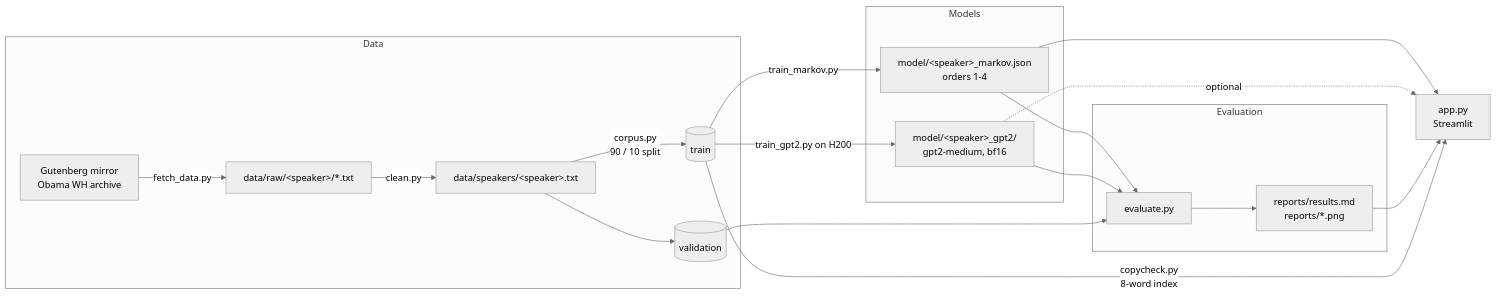
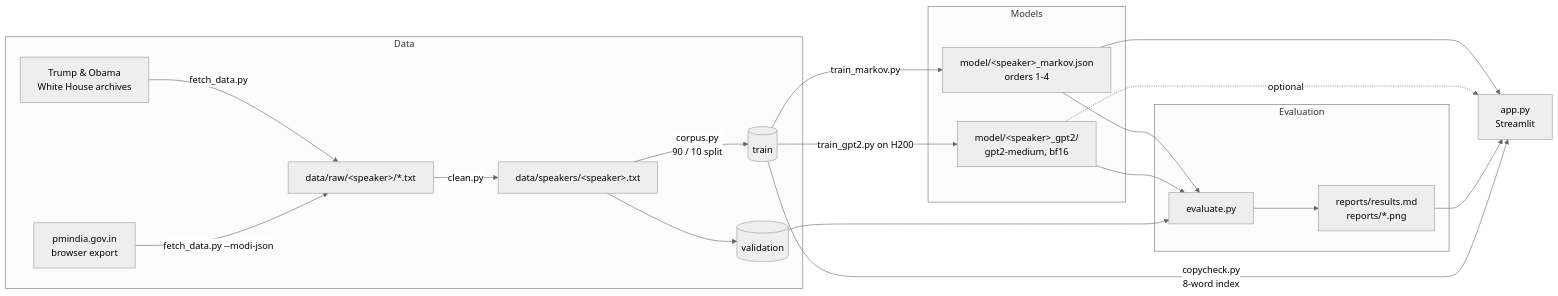
One commit to vedantsomani/manvi changed the diagram in README.md. Above: the diagram before and after it, drawn with Mermaid (neutral theme). The commit also changed other lines of this file and 10 other files, not shown here.

First line of the commit message:
Modi/Trump/Obama: full GPT-2 evaluation, README, screenshots, app fixes

````diff
--- a/README.md
+++ b/README.md
@@ -30,23 +30,24 @@
 ```mermaid
 flowchart LR
     subgraph Data
-        A[Gutenberg mirror<br/>Obama WH archive] -->|fetch_data.py| B[data/raw/&lt;speaker&gt;/*.txt]
+        A1[Trump & Obama<br/>White House archives] -->|fetch_data.py| B[data/raw/&lt;speaker&gt;/*.txt]
+        A2[pmindia.gov.in<br/>browser export] -->|fetch_data.py --modi-json| B
         B -->|clean.py| C[data/speakers/&lt;speaker&gt;.txt]
         C -->|corpus.py<br/>90 / 10 split| D[(train)]
         C --> E[(validation)]
     end
     subgraph Models
         D -->|train_markov.py| F[model/&lt;speaker&gt;_markov.json<br/>orders 1-4]
         D -->|train_gpt2.py on H200| G[model/&lt;speaker&gt;_gpt2/<br/>gpt2-medium, bf16]
     end
     subgraph Evaluation
         F --> H[evaluate.py]
         G --> H
         E --> H
         H --> I[reports/results.md<br/>reports/*.png]
     end
     F --> J[app.py<br/>Streamlit]
     G -.optional.-> J
     I --> J
     D -->|copycheck.py<br/>8-word index| J
 ```
````
